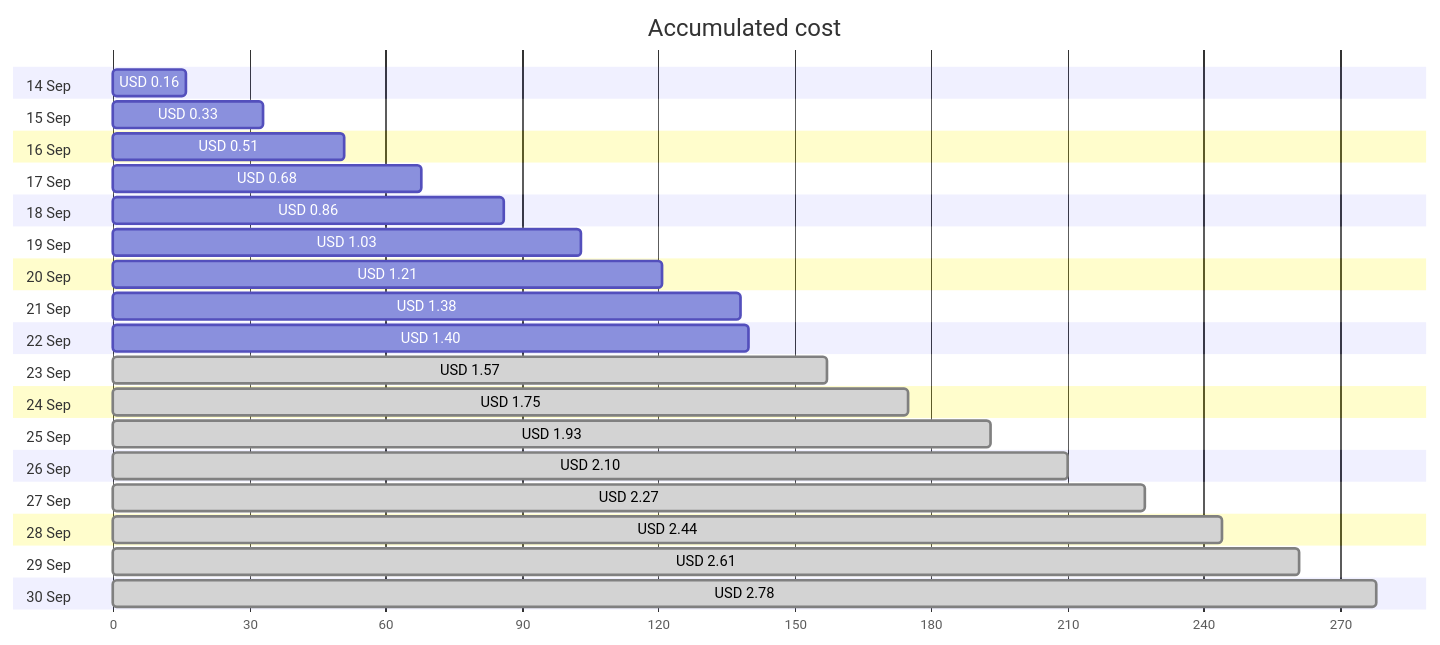
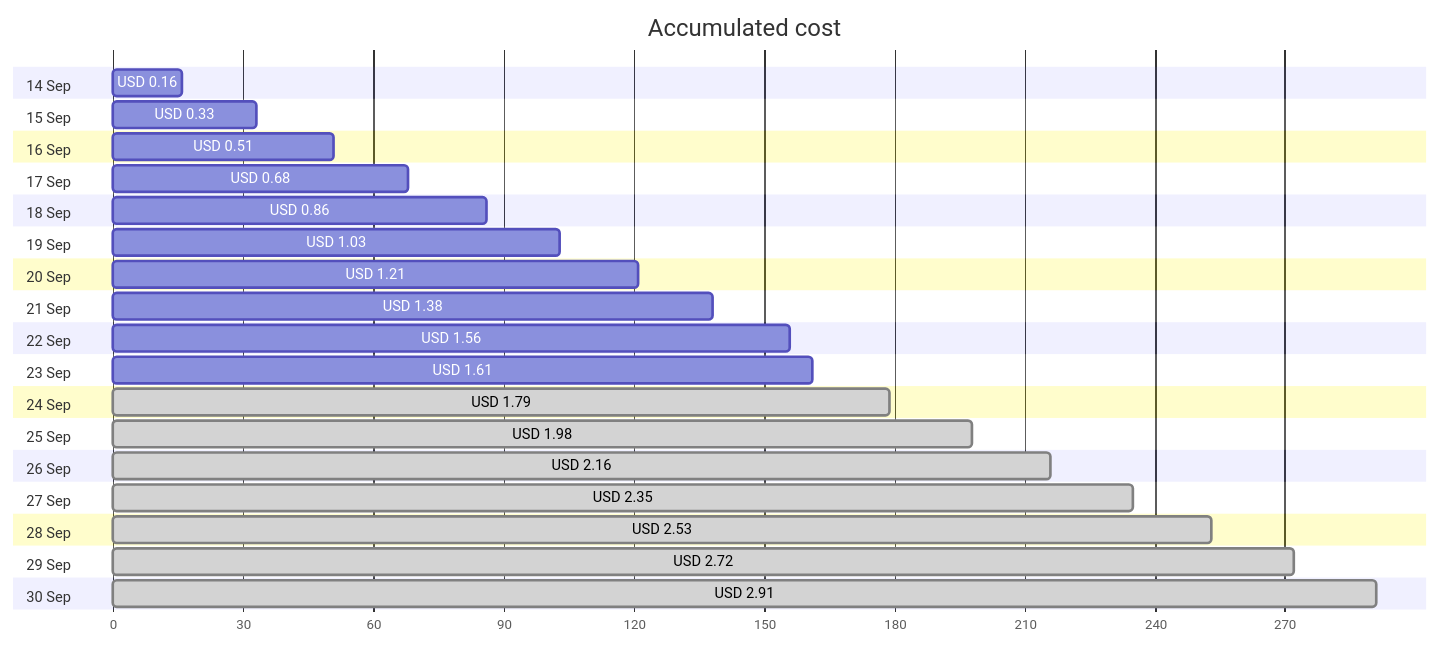
One commit to jpfulton/azure-personal-reports changed the first of 4 diagrams in cost-reports/personal-network/backup-server.md. Above: the diagram before and after it, drawn with Mermaid. The commit also changed other lines of this file and 9 other files, not shown here.

````diff
--- a/cost-reports/personal-network/backup-server.md
+++ b/cost-reports/personal-network/backup-server.md
@@ -20,40 +20,40 @@
 ```mermaid
 gantt
    title Accumulated cost
    dateFormat  X
    axisFormat %s
    section 14 Sep
    USD 0.16 :0, 16
    section 15 Sep
    USD 0.33 :0, 33
    section 16 Sep
    USD 0.51 :0, 51
    section 17 Sep
    USD 0.68 :0, 68
    section 18 Sep
    USD 0.86 :0, 86
    section 19 Sep
    USD 1.03 :0, 103
    section 20 Sep
    USD 1.21 :0, 121
    section 21 Sep
    USD 1.38 :0, 138
    section 22 Sep
-   USD 1.40 :0, 140
+   USD 1.56 :0, 156
    section 23 Sep
-   USD 1.57 : done, 0, 157
+   USD 1.61 :0, 161
    section 24 Sep
-   USD 1.75 : done, 0, 175
+   USD 1.79 : done, 0, 179
    section 25 Sep
-   USD 1.93 : done, 0, 193
+   USD 1.98 : done, 0, 198
    section 26 Sep
-   USD 2.10 : done, 0, 210
+   USD 2.16 : done, 0, 216
    section 27 Sep
-   USD 2.27 : done, 0, 227
+   USD 2.35 : done, 0, 235
    section 28 Sep
-   USD 2.44 : done, 0, 244
+   USD 2.53 : done, 0, 253
    section 29 Sep
-   USD 2.61 : done, 0, 261
+   USD 2.72 : done, 0, 272
    section 30 Sep
-   USD 2.78 : done, 0, 278
+   USD 2.91 : done, 0, 291
 ```
````
